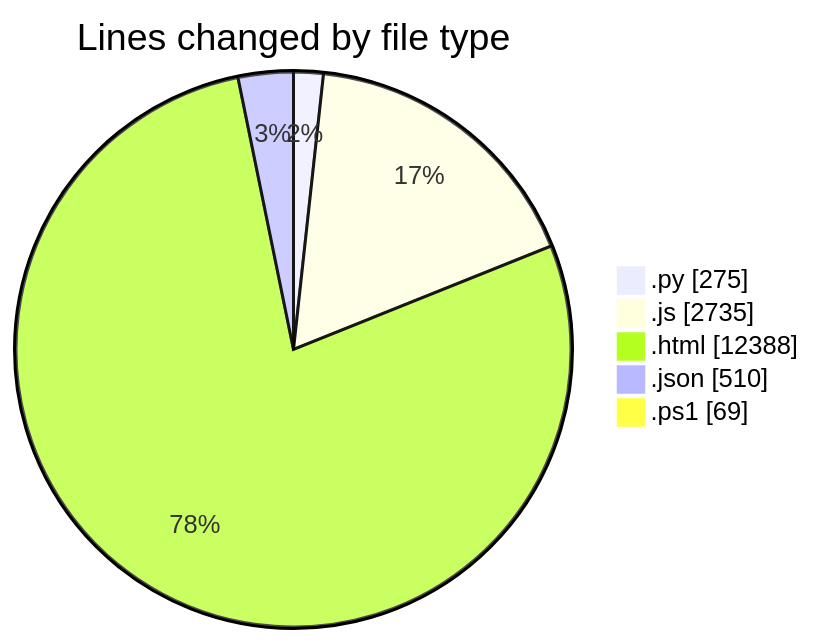
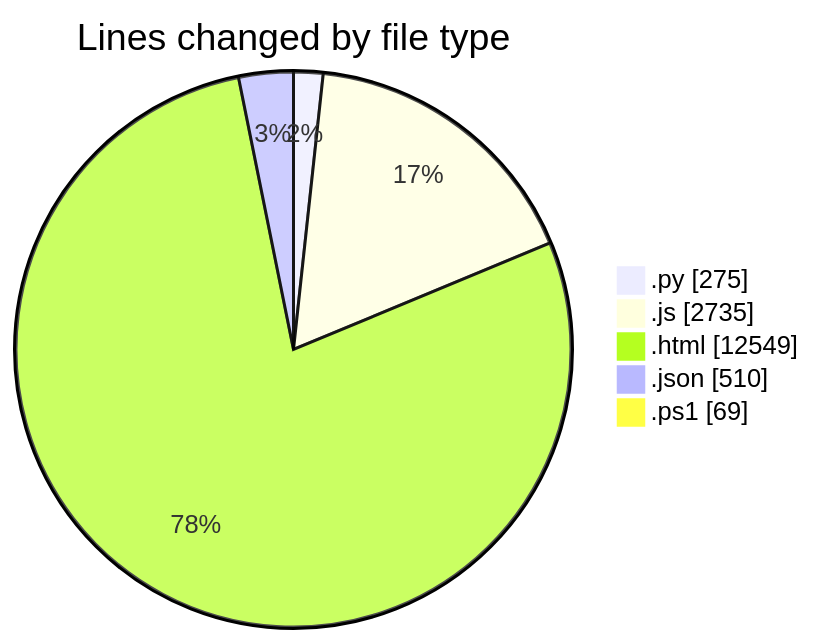
The first of 2 diagrams in 2026-07-09/twenty_versions_aminor/README.md (shibass792/code-tracking), drawn with Mermaid before and after one commit. The commit also changed other lines of this file and 1 other file, not shown here.

````diff
--- a/2026-07-09/twenty_versions_aminor/README.md
+++ b/2026-07-09/twenty_versions_aminor/README.md
@@ -44,9 +44,9 @@
 ```mermaid
 pie showData
 title Lines changed by file type
 ".py" : 275
 ".js" : 2735
-".html" : 12388
+".html" : 12549
 ".json" : 510
 ".ps1" : 69
 ```
````
